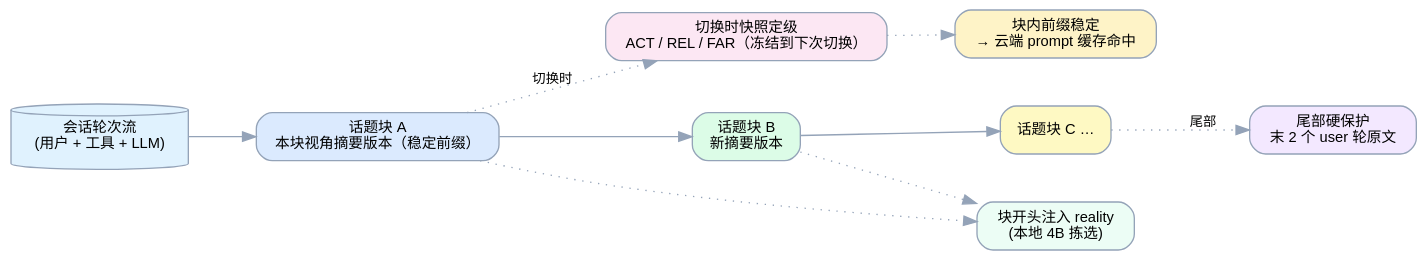
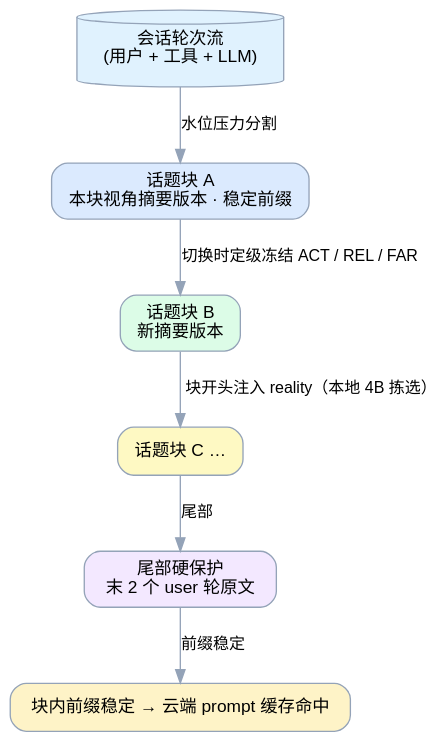
One commit to i1j/context-assembler-DSH changed the diagram in docs/images/src/topic-blocks.dot. Above: the diagram before and after it, drawn with Graphviz. The commit also changed 7 other files, not shown here.

First line of the commit message:
docs: 框图改竖版 + 文字与正文适配

```diff
--- a/docs/images/src/topic-blocks.dot
+++ b/docs/images/src/topic-blocks.dot
@@ -1,20 +1,17 @@
 digraph topicblocks {
-  rankdir=LR;
-  graph [fontname="Helvetica", bgcolor="transparent", pad="0.25", nodesep="0.5", ranksep="0.7"];
-  node [shape=box, style="rounded,filled", color="#94a3b8", fontname="Helvetica", fontsize=11, margin="0.16,0.09"];
-  edge [color="#94a3b8", fontname="Helvetica", fontsize=10];
+  rankdir=TB;
+  graph [fontname="Helvetica", bgcolor="transparent", pad="0.25", nodesep="0.55", ranksep="0.6"];
+  node [shape=box, style="rounded,filled", color="#94a3b8", fontname="Helvetica", fontsize=13, margin="0.18,0.10"];
+  edge [color="#94a3b8", fontname="Helvetica", fontsize=12];
   session [label="会话轮次流\n(用户 + 工具 + LLM)", fillcolor="#e0f2fe", shape=cylinder];
-  block1 [label="话题块 A\n本块视角摘要版本（稳定前缀）", fillcolor="#dbeafe"];
-  block2 [label="话题块 B\n新摘要版本", fillcolor="#dcfce7"];
-  block3 [label="话题块 C …", fillcolor="#fef9c3"];
+  b1 [label="话题块 A\n本块视角摘要版本 · 稳定前缀", fillcolor="#dbeafe"];
+  b2 [label="话题块 B\n新摘要版本", fillcolor="#dcfce7"];
+  b3 [label="话题块 C …", fillcolor="#fef9c3"];
   tail [label="尾部硬保护\n末 2 个 user 轮原文", fillcolor="#f3e8ff"];
-  grade [label="切换时快照定级\nACT / REL / FAR（冻结到下次切换）", fillcolor="#fce7f3"];
-  reality [label="块开头注入 reality\n(本地 4B 拣选)", fillcolor="#ecfdf5"];
-  cache [label="块内前缀稳定\n→ 云端 prompt 缓存命中", fillcolor="#fef3c7"];
-  session -> block1 -> block2 -> block3;
-  block1 -> grade [style=dotted, label="切换时"];
-  block1 -> reality [style=dotted];
-  block2 -> reality [style=dotted];
-  block3 -> tail [style=dotted, label="尾部"];
-  grade -> cache [style=dotted];
+  cache [label="块内前缀稳定 → 云端 prompt 缓存命中", fillcolor="#fef3c7"];
+  session -> b1 [label="水位压力分割"];
+  b1 -> b2 [label="切换时定级冻结 ACT / REL / FAR"];
+  b2 -> b3 [label="块开头注入 reality（本地 4B 拣选）"];
+  b3 -> tail [label="尾部"];
+  tail -> cache [label="前缀稳定"];
 }
```
